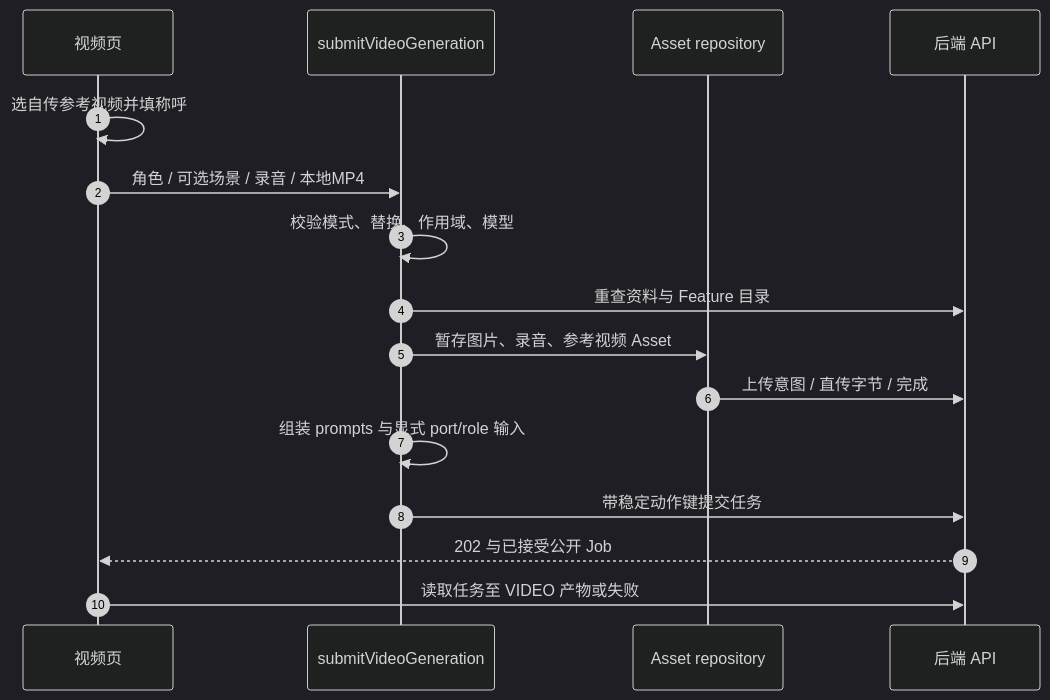
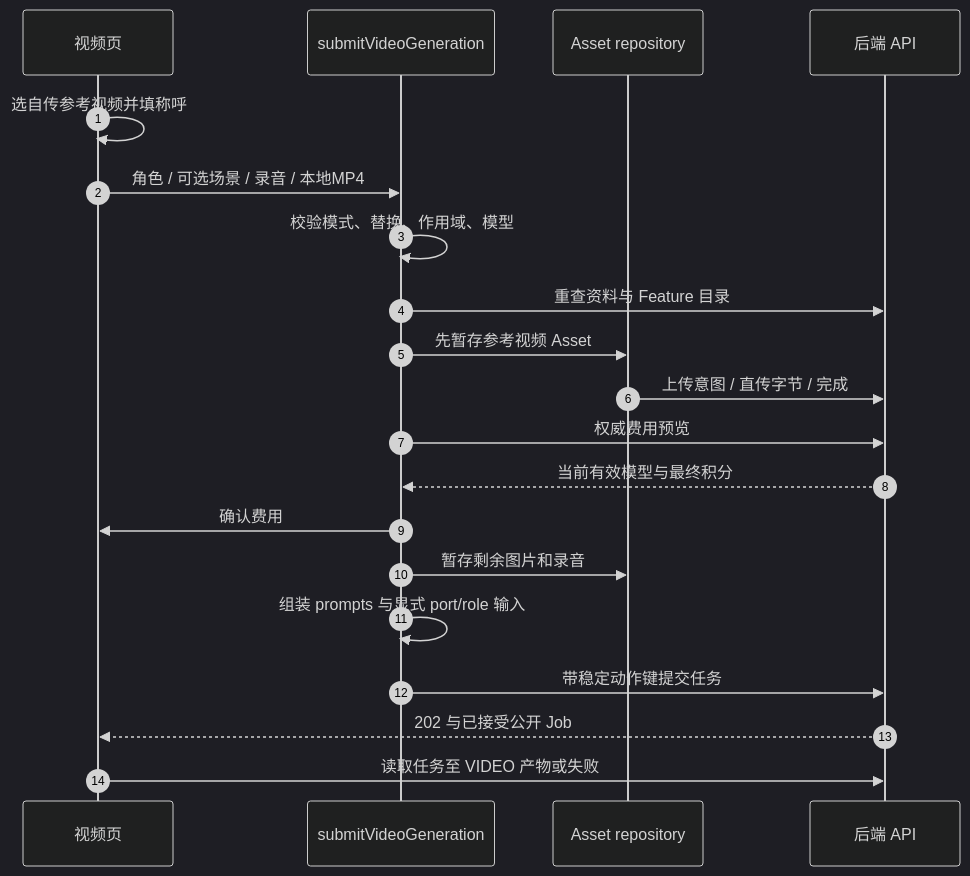
The diagram in zh/frontend/workflows.md (Orientation-CD/docs), drawn with Mermaid (dark theme) before and after one commit. The commit also changed other lines of this file and 203 other files, not shown here.

````diff
--- a/zh/frontend/workflows.md
+++ b/zh/frontend/workflows.md
@@ -54,18 +54,22 @@
 ```mermaid
 sequenceDiagram
   autonumber
   participant P as 视频页
   participant S as submitVideoGeneration
   participant A as Asset repository
   participant API as 后端 API
   P->>P: 选自传参考视频并填称呼
   P->>S: 角色 / 可选场景 / 录音 / 本地MP4
   S->>S: 校验模式、替换、作用域、模型
   S->>API: 重查资料与 Feature 目录
-  S->>A: 暂存图片、录音、参考视频 Asset
+  S->>A: 先暂存参考视频 Asset
   A->>API: 上传意图 / 直传字节 / 完成
+  S->>API: 权威费用预览
+  API-->>S: 当前有效模型与最终积分
+  S->>P: 确认费用
+  S->>A: 暂存剩余图片和录音
   S->>S: 组装 prompts 与显式 port/role 输入
   S->>API: 带稳定动作键提交任务
   API-->>P: 202 与已接受公开 Job
   P->>API: 读取任务至 VIDEO 产物或失败
 ```
````
